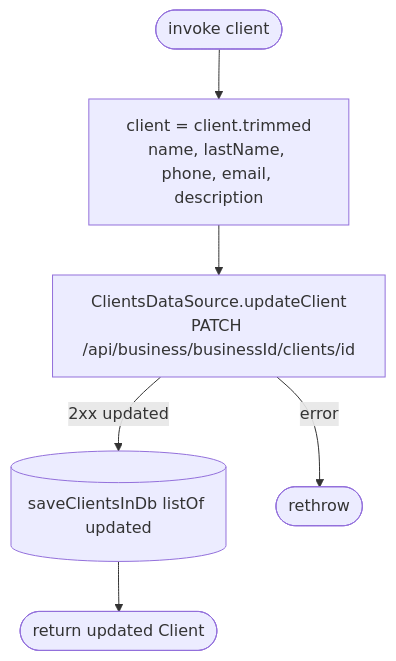
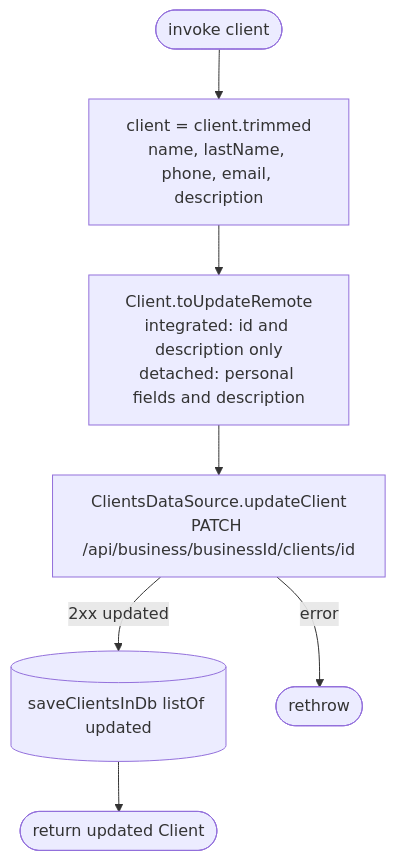
One commit to nocturneproperties/bookkme-client changed the diagram in docs/operations/clients/edit-client.md. Above: the diagram before and after it, drawn with Mermaid. The commit also changed other lines of this file and 223 other files, not shown here.

````diff
--- a/docs/operations/clients/edit-client.md
+++ b/docs/operations/clients/edit-client.md
@@ -10,8 +10,9 @@
 ```mermaid
 flowchart TD
     Start([invoke client]) --> Trim[client = client.trimmed<br/>name, lastName, phone, email, description]
-    Trim --> Net[ClientsDataSource.updateClient<br/>PATCH /api/business/businessId/clients/id]
+    Trim --> Patch[Client.toUpdateRemote<br/>integrated: id and description only<br/>detached: personal fields and description]
+    Patch --> Net[ClientsDataSource.updateClient<br/>PATCH /api/business/businessId/clients/id]
     Net -- 2xx updated --> Save[(saveClientsInDb listOf updated)]
     Save --> R([return updated Client])
     Net -- error --> EX([rethrow])
 ```
````
